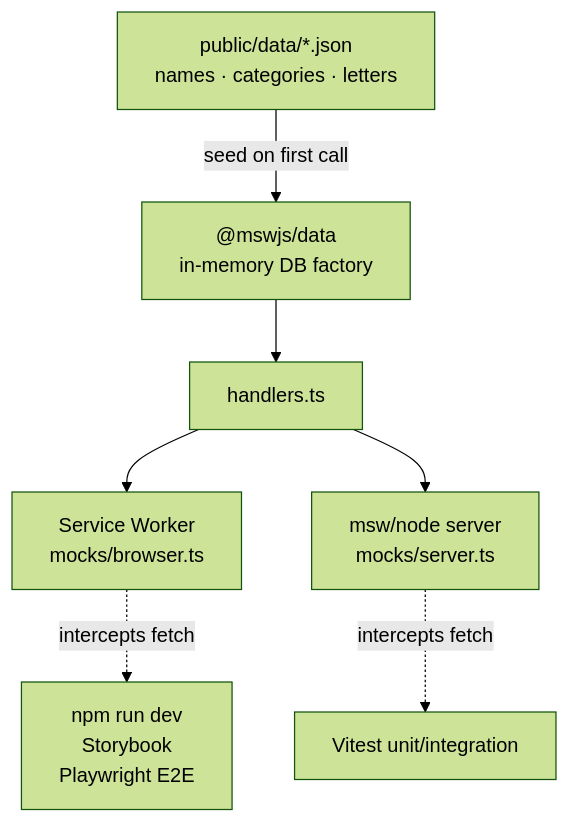
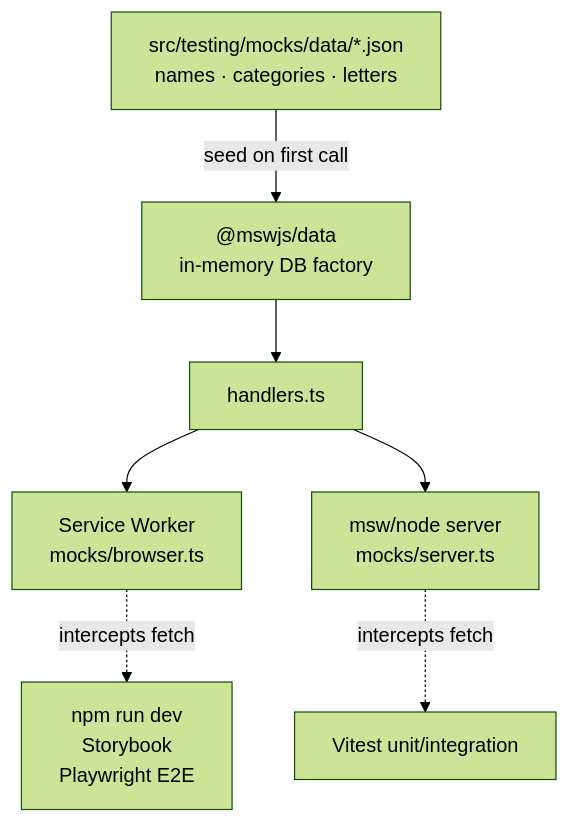
The first of 2 diagrams in README.md (spencerjireh/react-fed-test-task), drawn with Mermaid (forest theme) before and after one commit. The commit also changed other lines of this file and 58 other files, not shown here.

````diff
--- a/README.md
+++ b/README.md
@@ -56,15 +58,15 @@
 ```mermaid
 flowchart TB
-    JSON[public/data/*.json<br/>names · categories · letters]
+    JSON[src/testing/mocks/data/*.json<br/>names · categories · letters]
     DB["@mswjs/data<br/>in-memory DB factory"]
     H[handlers.ts]
 
     JSON -->|seed on first call| DB
     DB --> H
 
     H --> SW[Service Worker<br/>mocks/browser.ts]
     H --> Node[msw/node server<br/>mocks/server.ts]
 
     SW -.intercepts fetch.-> Dev[npm run dev<br/>Storybook<br/>Playwright E2E]
     Node -.intercepts fetch.-> Vitest[Vitest unit/integration]
 ```
````
